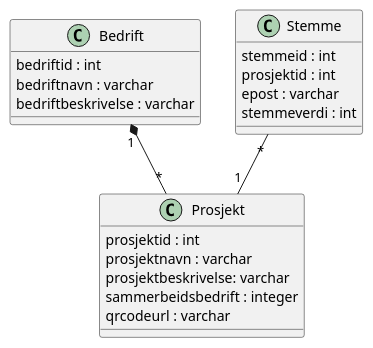
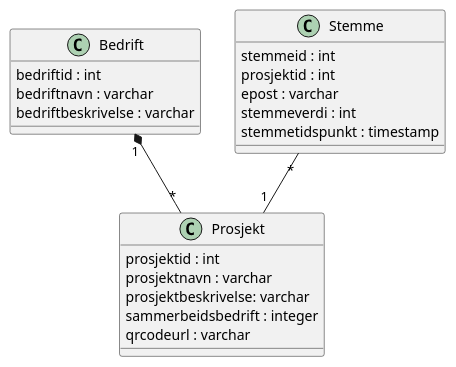
Before and after one commit to trulsma/DAT109_Prosjekt: the diagram in Diagrammer/DatabaseOppsett.puml, drawn with PlantUML. The commit also changed 7 other files, not shown here.

```diff
--- a/Diagrammer/DatabaseOppsett.puml
+++ b/Diagrammer/DatabaseOppsett.puml
@@ -1,25 +1,26 @@
 @startuml
 class Prosjekt{
     prosjektid : int
     prosjektnavn : varchar
     prosjektbeskrivelse: varchar
     sammerbeidsbedrift : integer
     qrcodeurl : varchar
 }
 
 class Bedrift{
     bedriftid : int
     bedriftnavn : varchar
     bedriftbeskrivelse : varchar
 }
 
 class Stemme{
     stemmeid : int
     prosjektid : int
     epost : varchar
     stemmeverdi : int
+    stemmetidspunkt : timestamp
 }
 
 Bedrift "1" *-- "*" Prosjekt
 Stemme "*" -- "1" Prosjekt
 @enduml
```
